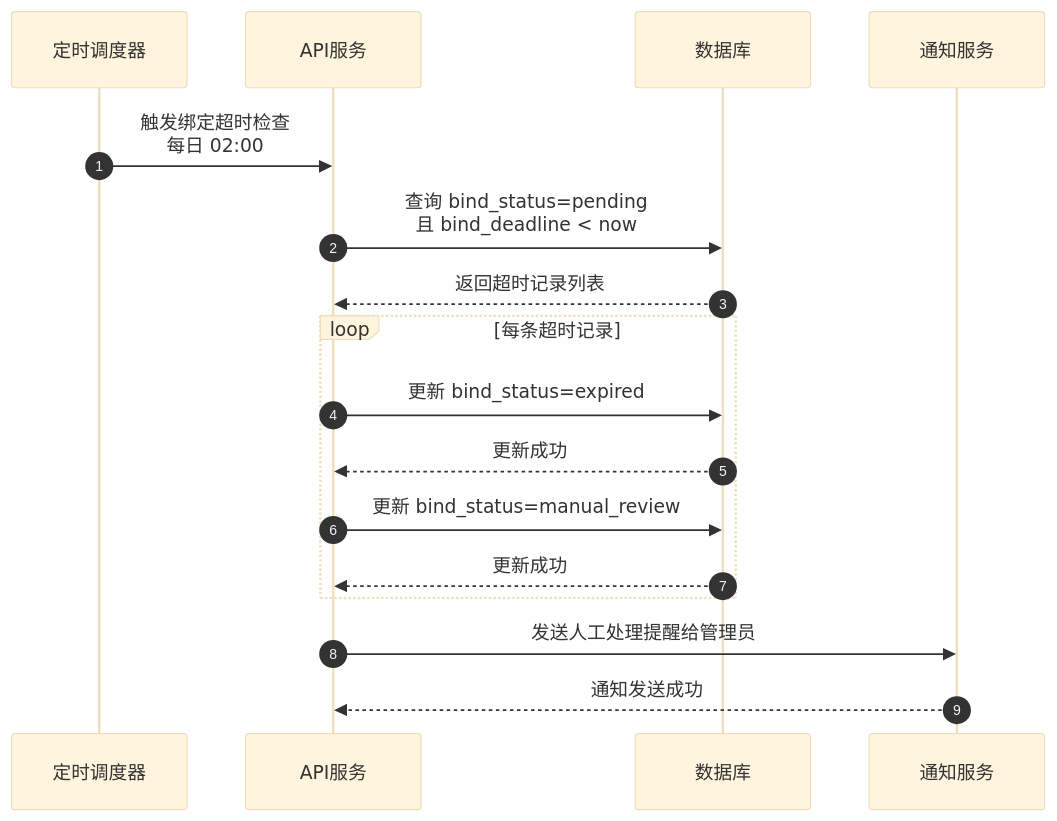
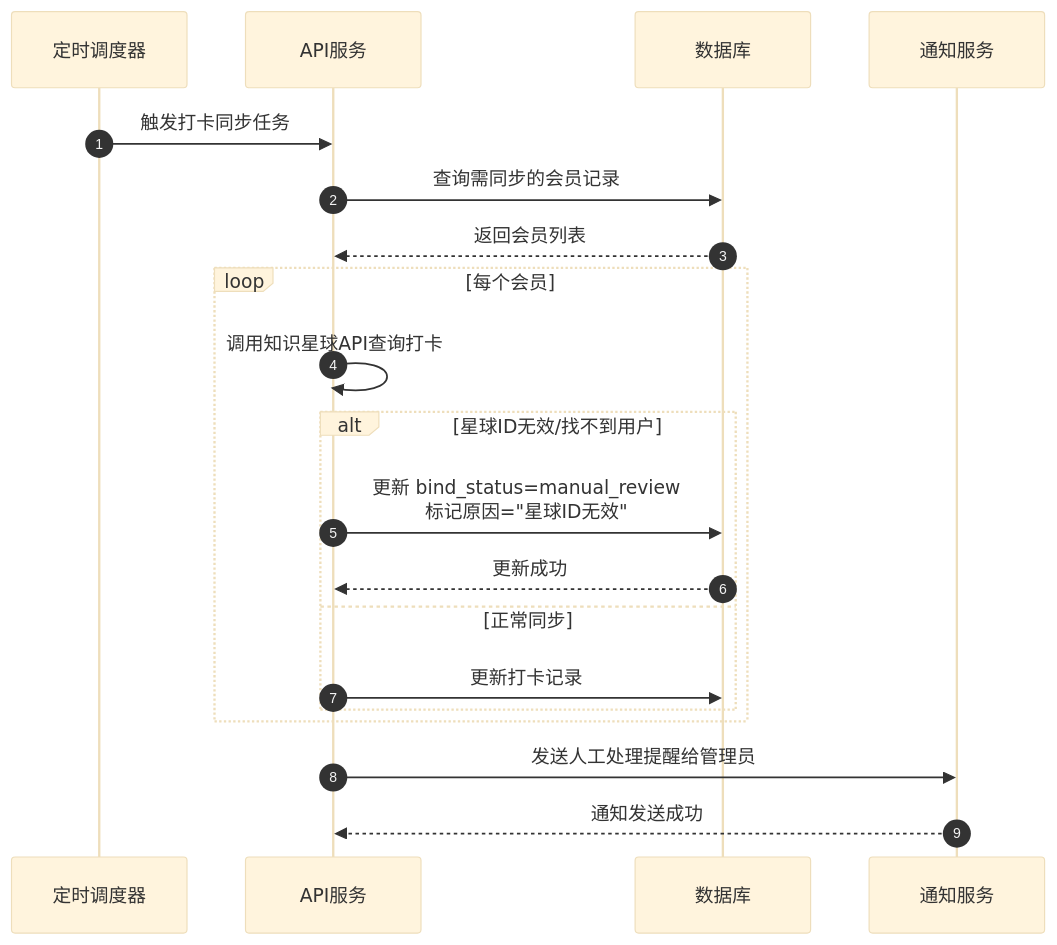
The third of 12 diagrams in docs/v1/diagrams/时序图.md (yiancode/AutoDepositRefundAgent), drawn with Mermaid (base theme) before and after one commit. The commit also changed other lines of this file and 3 other files, not shown here.

````diff
--- a/docs/v1/diagrams/时序图.md
+++ b/docs/v1/diagrams/时序图.md
@@ -67,22 +109,25 @@
 ```mermaid
 sequenceDiagram
     autonumber
     participant Scheduler as 定时调度器
     participant API as API服务
     participant DB as 数据库
     participant Notify as 通知服务
 
-    Scheduler->>API: 触发绑定超时检查<br/>每日 02:00
-    API->>DB: 查询 bind_status=pending<br/>且 bind_deadline < now
-    DB-->>API: 返回超时记录列表
+    Scheduler->>API: 触发打卡同步任务
+    API->>DB: 查询需同步的会员记录
+    DB-->>API: 返回会员列表
 
-    loop 每条超时记录
-        API->>DB: 更新 bind_status=expired
-        DB-->>API: 更新成功
-        API->>DB: 更新 bind_status=manual_review
-        DB-->>API: 更新成功
+    loop 每个会员
+        API->>API: 调用知识星球API查询打卡
+        alt 星球ID无效/找不到用户
+            API->>DB: 更新 bind_status=manual_review<br/>标记原因="星球ID无效"
+            DB-->>API: 更新成功
+        else 正常同步
+            API->>DB: 更新打卡记录
+        end
     end
 
     API->>Notify: 发送人工处理提醒给管理员
     Notify-->>API: 通知发送成功
 ```
````
